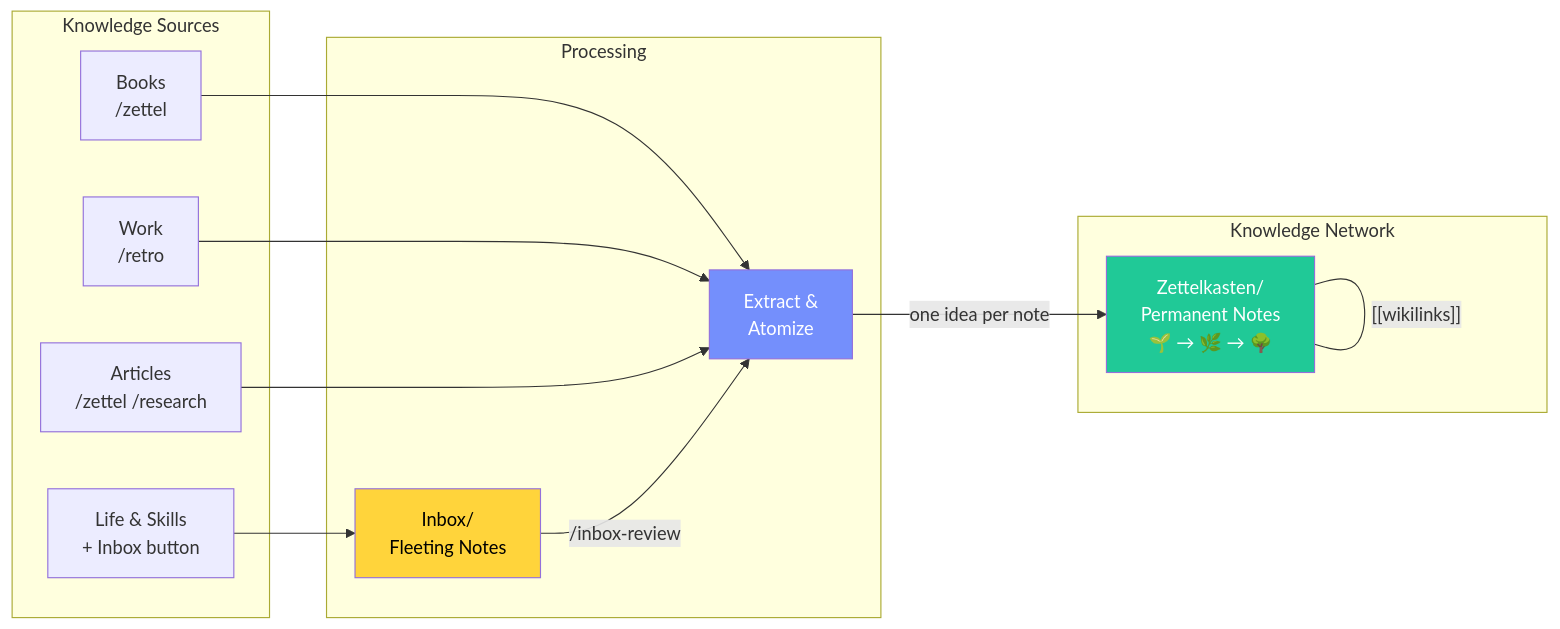
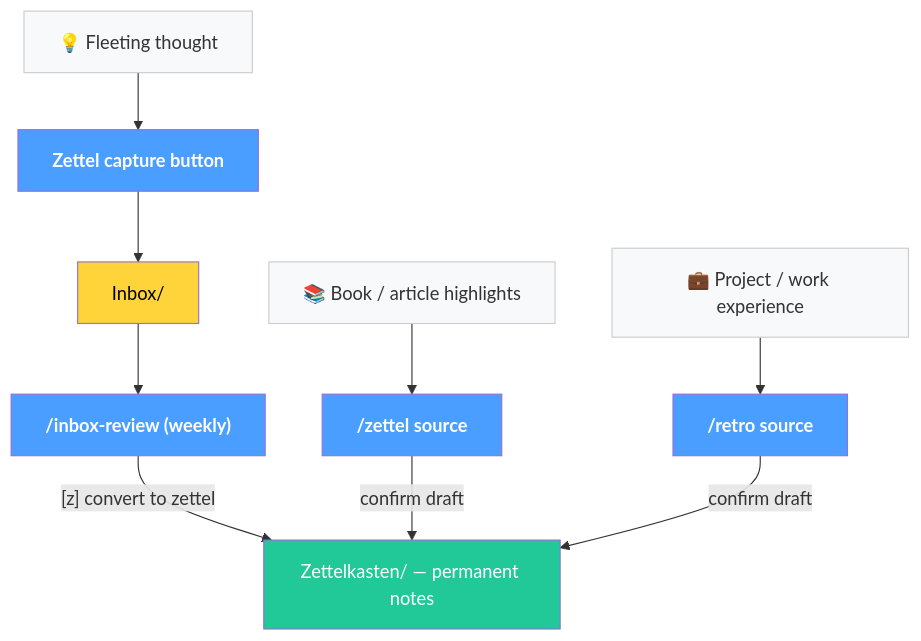
The third of 4 diagrams in README.md (yepengfan/obsidian-workflow), drawn with Mermaid before and after one commit. The commit also changed other lines of this file and 2 other files, not shown here.

Commit message:
Update README with philosophy section and use-case diagrams; remove deprecated commands
- Add Philosophy section covering Second Brain and Zettelkasten foundations
- Replace Knowledge Flow diagrams with use-case centered entry paths + lifecycle diagrams
- Remove /connections and /sync-summaries commands (Book Summaries folder deprecated)

````diff
--- a/README.md
+++ b/README.md
@@ -113,30 +123,27 @@
 ```mermaid
-graph LR
-    subgraph Input["Knowledge Sources"]
-        B["Books<br/>/zettel"]
-        W["Work<br/>/retro"]
-        L["Life & Skills<br/>+ Inbox button"]
-        A["Articles<br/>/zettel /research"]
-    end
+flowchart TD
+    classDef cmd fill:#4a9eff,color:#fff,font-weight:bold
+    classDef store fill:#20c997,color:#fff
+    classDef inbox fill:#ffd43b,color:#000
+    classDef source fill:#f8f9fa,color:#333,stroke:#ccc
 
-    subgraph Process["Processing"]
-        INBOX["Inbox/<br/>Fleeting Notes"]
-        EXTRACT["Extract &<br/>Atomize"]
-    end
+    THOUGHT["💡 Fleeting thought"]:::source
+    BOOK["📚 Book / article highlights"]:::source
+    WORK_EXP["💼 Project / work experience"]:::source
 
-    subgraph Output["Knowledge Network"]
-        ZK["Zettelkasten/<br/>Permanent Notes<br/>🌱 → 🌿 → 🌳"]
-    end
+    BTN["Zettel capture button"]:::cmd
+    INBOX["Inbox/"]:::inbox
+    IR["/inbox-review (weekly)"]:::cmd
+    ZT["/zettel source"]:::cmd
+    RT["/retro source"]:::cmd
 
-    B --> EXTRACT
-    W --> EXTRACT
-    A --> EXTRACT
-    L --> INBOX
-    INBOX -->|"/inbox-review"| EXTRACT
-    EXTRACT -->|one idea per note| ZK
-    ZK ---|"[[wikilinks]]"| ZK
+    ZK["Zettelkasten/ — permanent notes"]:::store
 
-    style INBOX fill:#ffd43b,color:#000
-    style ZK fill:#20c997,color:#fff
-    style EXTRACT fill:#748ffc,color:#fff
+    THOUGHT --> BTN --> INBOX --> IR
+    BOOK --> ZT
+    WORK_EXP --> RT
+
+    IR -->|"[z] convert to zettel"| ZK
+    ZT -->|"confirm draft"| ZK
+    RT -->|"confirm draft"| ZK
 ```
````
